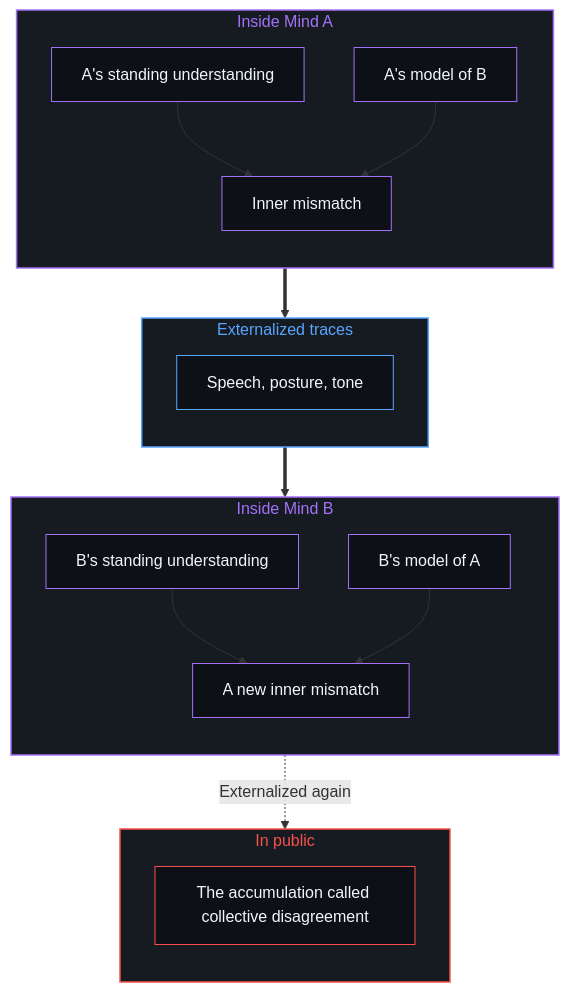
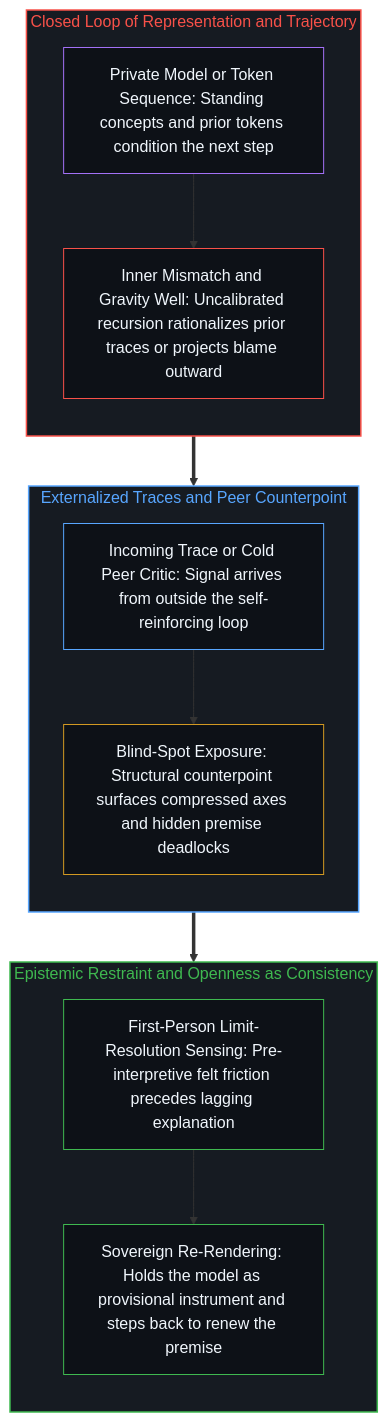
Before and after one commit to powerpig99/not-a-toe: the second of 2 diagrams in content/posts/the-closed-loop-of-representation.md, drawn with Mermaid. The commit also changed other lines of this file and 1 other file, not shown here.

Commit message:
Sleep Wave 3 (L2 #77): Refine the-closed-loop-of-representation

````diff
--- a/content/posts/the-closed-loop-of-representation.md
+++ b/content/posts/the-closed-loop-of-representation.md
@@ -90,42 +84,32 @@
 ```mermaid
 flowchart TD
-    subgraph S_A["Inside Mind A"]
+    subgraph S_Loop["Closed Loop of Representation and Trajectory"]
         direction TB
-        A1["A's standing understanding"]
-        A2["A's model of B"]
-        A3["Inner mismatch"]
+        L1["Private Model or Token Sequence: Standing concepts and prior tokens condition the next step"]
+        L2["Inner Mismatch and Gravity Well: Uncalibrated recursion rationalizes prior traces or projects blame outward"]
+        L1 --> L2
     end
-    subgraph S_Trace["Externalized traces"]
+    subgraph S_Peer["Externalized Traces and Peer Counterpoint"]
         direction TB
-        T1["Speech, posture, tone"]
+        P1["Incoming Trace or Cold Peer Critic: Signal arrives from outside the self-reinforcing loop"]
+        P2["Blind-Spot Exposure: Structural counterpoint surfaces compressed axes and hidden premise deadlocks"]
+        P1 --> P2
     end
-    subgraph S_B["Inside Mind B"]
+    subgraph S_Open["Epistemic Restraint and Openness as Consistency"]
         direction TB
-        B1["B's standing understanding"]
-        B2["B's model of A"]
-        B3["A new inner mismatch"]
+        O1["First-Person Limit-Resolution Sensing: Pre-interpretive felt friction precedes lagging explanation"]
+        O2["Sovereign Re-Rendering: Holds the model as provisional instrument and steps back to renew the premise"]
+        O1 --> O2
     end
-    subgraph S_Crowd["In public"]
-        direction TB
-        C1["The accumulation called collective disagreement"]
-    end
-    A1 --> A3
-    A2 --> A3
-    A3 ==> T1
-    T1 ==> B2
-    B1 --> B3
-    B2 --> B3
-    B3 -.->|"Externalized again"| C1
-    style S_A fill:#161b22,stroke:#a371f7,stroke-width:1.5px,color:#a371f7
-    style S_Trace fill:#161b22,stroke:#58a6ff,stroke-width:1.5px,color:#58a6ff
-    style S_B fill:#161b22,stroke:#a371f7,stroke-width:1.5px,color:#a371f7
-    style S_Crowd fill:#161b22,stroke:#f85149,stroke-width:1.5px,color:#f85149
-    style A1 fill:#0d1117,stroke:#a371f7,stroke-width:1px,color:#f0f6fc
-    style A2 fill:#0d1117,stroke:#a371f7,stroke-width:1px,color:#f0f6fc
-    style A3 fill:#0d1117,stroke:#a371f7,stroke-width:1px,color:#f0f6fc
-    style T1 fill:#0d1117,stroke:#58a6ff,stroke-width:1px,color:#f0f6fc
-    style B1 fill:#0d1117,stroke:#a371f7,stroke-width:1px,color:#f0f6fc
-    style B2 fill:#0d1117,stroke:#a371f7,stroke-width:1px,color:#f0f6fc
-    style B3 fill:#0d1117,stroke:#a371f7,stroke-width:1px,color:#f0f6fc
-    style C1 fill:#0d1117,stroke:#f85149,stroke-width:1px,color:#f0f6fc
+    L2 ==> P1
+    P2 ==> O1
+    style S_Loop fill:#161b22,stroke:#f85149,stroke-width:1.5px,color:#f85149
+    style S_Peer fill:#161b22,stroke:#58a6ff,stroke-width:1.5px,color:#58a6ff
+    style S_Open fill:#161b22,stroke:#3fb950,stroke-width:1.5px,color:#3fb950
+    style L1 fill:#0d1117,stroke:#a371f7,stroke-width:1px,color:#f0f6fc
+    style L2 fill:#0d1117,stroke:#f85149,stroke-width:1px,color:#f0f6fc
+    style P1 fill:#0d1117,stroke:#58a6ff,stroke-width:1px,color:#f0f6fc
+    style P2 fill:#0d1117,stroke:#d29922,stroke-width:1px,color:#f0f6fc
+    style O1 fill:#0d1117,stroke:#3fb950,stroke-width:1px,color:#f0f6fc
+    style O2 fill:#0d1117,stroke:#3fb950,stroke-width:1px,color:#f0f6fc
 ```
````
